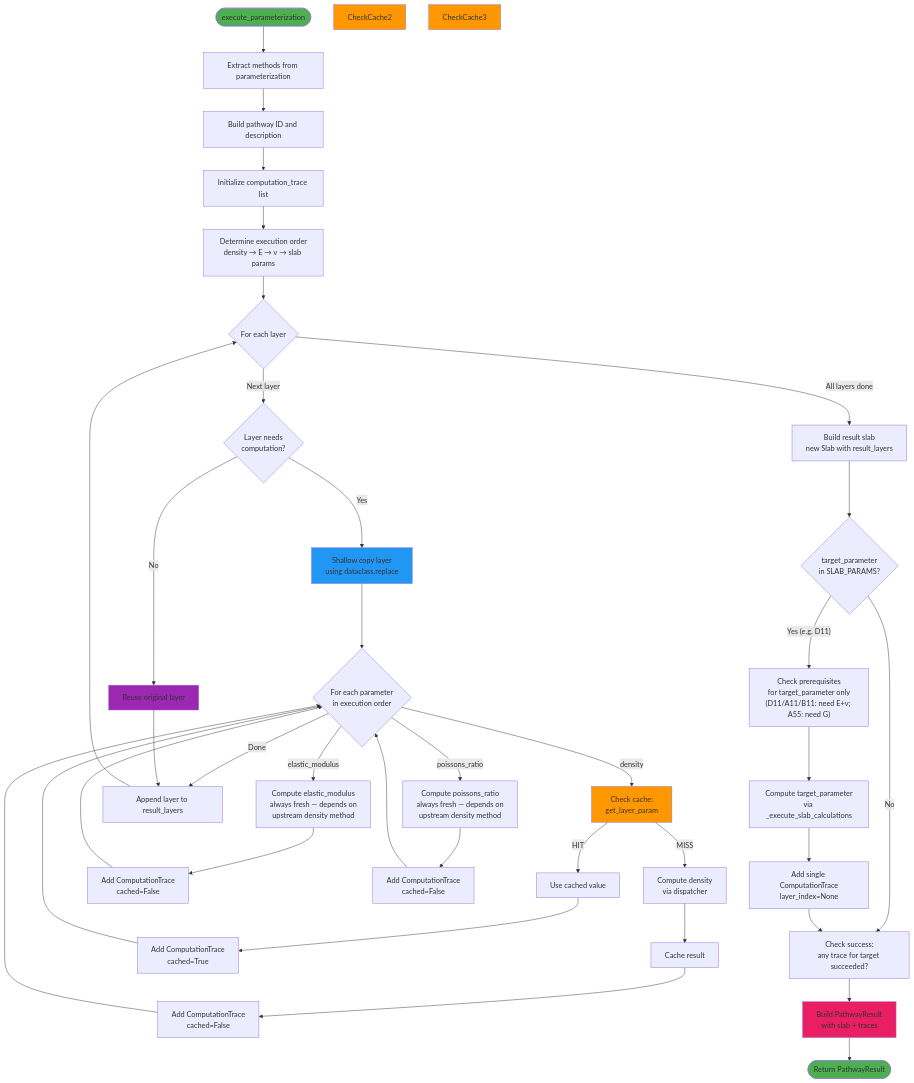
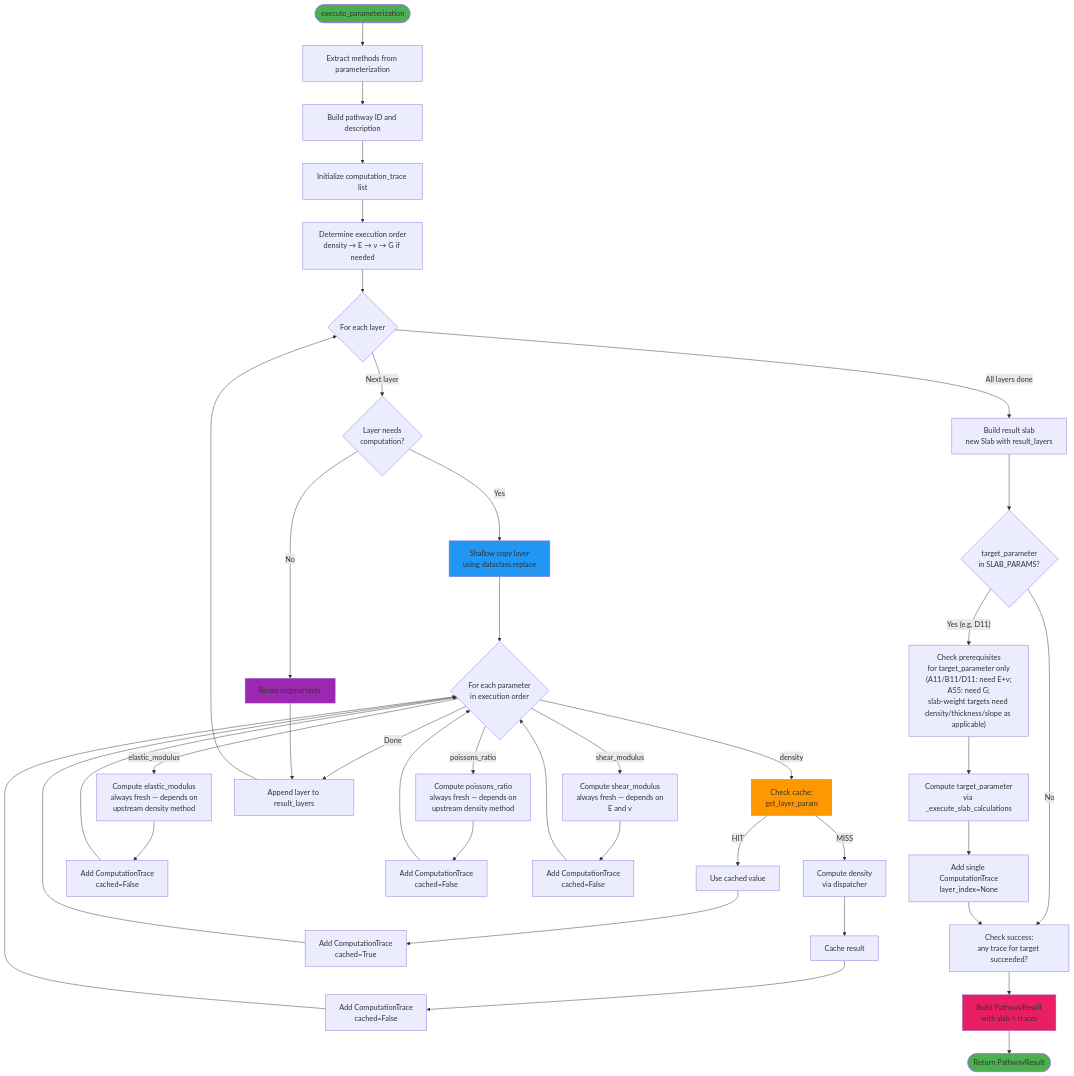
One commit to connellymk/SnowPyt-MechParams changed the fourth of 7 diagrams in docs/execution_engine.md. Above: the diagram before and after it, drawn with Mermaid. The commit also changed other lines of this file, not shown here.

Commit message:
execution engine doc

````diff
--- a/docs/execution_engine.md
+++ b/docs/execution_engine.md
@@ -288,65 +291,67 @@
 ```mermaid
 flowchart TD
     Start([execute_parameterization]) --> ExtractMethods[Extract methods from parameterization]
     ExtractMethods --> BuildID[Build pathway ID and description]
     BuildID --> InitTrace[Initialize computation_trace list]
     
-    InitTrace --> DetermineOrder[Determine execution order<br/>density → E → ν → slab params]
+    InitTrace --> DetermineOrder[Determine execution order<br/>density → E → ν → G if needed]
     
     DetermineOrder --> LayerLoop{For each layer}
     
     LayerLoop -->|Next layer| CheckCompute{Layer needs<br/>computation?}
     
     CheckCompute -->|Yes| ShallowCopy[Shallow copy layer<br/>using dataclass.replace]
     CheckCompute -->|No| ReuseLayer[Reuse original layer]
     
     ShallowCopy --> ParamLoop{For each parameter<br/>in execution order}
     
     ParamLoop -->|density| CheckCache1[Check cache:<br/>get_layer_param]
     CheckCache1 -->|MISS| ComputeDensity[Compute density<br/>via dispatcher]
     CheckCache1 -->|HIT| UseCached1[Use cached value]
     ComputeDensity --> CacheDensity[Cache result]
     CacheDensity --> TraceDensity[Add ComputationTrace<br/>cached=False]
     UseCached1 --> TraceDensity1[Add ComputationTrace<br/>cached=True]
     
     TraceDensity --> ParamLoop
     TraceDensity1 --> ParamLoop
     
     ParamLoop -->|elastic_modulus| ComputeE[Compute elastic_modulus<br/>always fresh — depends on<br/>upstream density method]
     ComputeE --> TraceE[Add ComputationTrace<br/>cached=False]
     TraceE --> ParamLoop
 
     ParamLoop -->|poissons_ratio| ComputeNu[Compute poissons_ratio<br/>always fresh — depends on<br/>upstream density method]
     ComputeNu --> TraceNu[Add ComputationTrace<br/>cached=False]
     TraceNu --> ParamLoop
+
+    ParamLoop -->|shear_modulus| ComputeG[Compute shear_modulus<br/>always fresh — depends on<br/>E and ν]
+    ComputeG --> TraceG[Add ComputationTrace<br/>cached=False]
+    TraceG --> ParamLoop
     
     ParamLoop -->|Done| AppendLayer[Append layer to result_layers]
     ReuseLayer --> AppendLayer
     
     AppendLayer --> LayerLoop
     
     LayerLoop -->|All layers done| BuildSlab[Build result slab<br/>new Slab with result_layers]
     
     BuildSlab --> SlabCalcs{"target_parameter<br/>in SLAB_PARAMS?"}
     
-    SlabCalcs -->|"Yes (e.g. D11)"| CheckPrereqs["Check prerequisites<br/>for target_parameter only<br/>(D11/A11/B11: need E+ν; A55: need G)"]
+    SlabCalcs -->|"Yes (e.g. D11)"| CheckPrereqs["Check prerequisites<br/>for target_parameter only<br/>(A11/B11/D11: need E+ν;<br/>A55: need G;<br/>slab-weight targets need density/thickness/slope as applicable)"]
     CheckPrereqs --> ComputeTarget["Compute target_parameter<br/>via _execute_slab_calculations"]
     ComputeTarget --> TraceTarget["Add single ComputationTrace<br/>layer_index=None"]
     
     SlabCalcs -->|No| CheckSuccess
     TraceTarget --> CheckSuccess
     
     CheckSuccess[Check success:<br/>any trace for target succeeded?]
     CheckSuccess --> BuildResult[Build PathwayResult<br/>with slab + traces]
     
     BuildResult --> End([Return PathwayResult])
     
     style Start fill:#4CAF50
     style End fill:#4CAF50
     style CheckCache1 fill:#FF9800
-    style CheckCache2 fill:#FF9800
-    style CheckCache3 fill:#FF9800
     style ShallowCopy fill:#2196F3
     style ReuseLayer fill:#9C27B0
     style BuildResult fill:#E91E63
 ```
````
